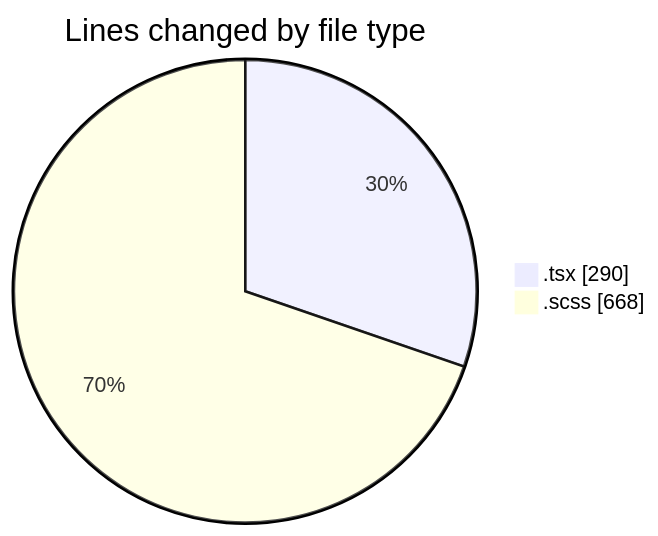
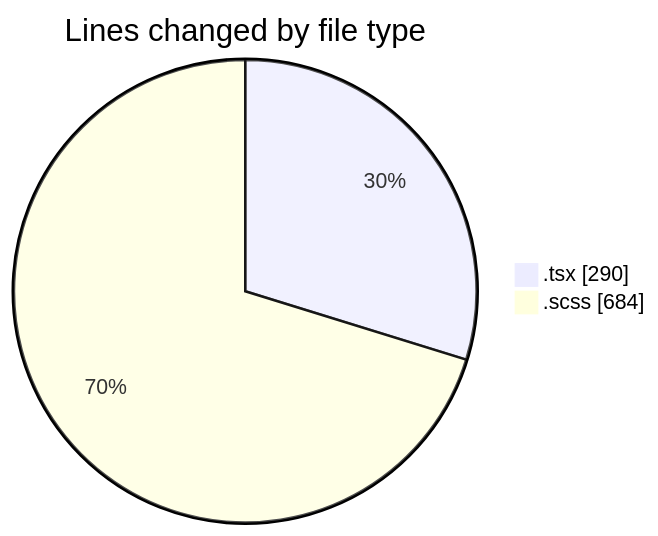
The first of 2 diagrams in 2025-09-19/cda/README.md (momahboobian/code-tracking), drawn with Mermaid before and after one commit. The commit also changed other lines of this file and 1 other file, not shown here.

````diff
--- a/2025-09-19/cda/README.md
+++ b/2025-09-19/cda/README.md
@@ -21,6 +21,6 @@
 ```mermaid
 pie showData
 title Lines changed by file type
 ".tsx" : 290
-".scss" : 668
+".scss" : 684
 ```
````
